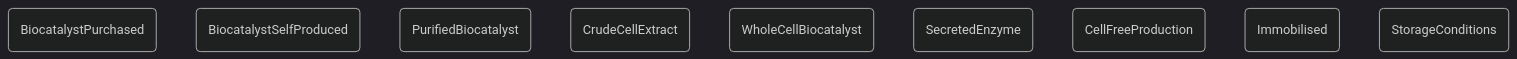
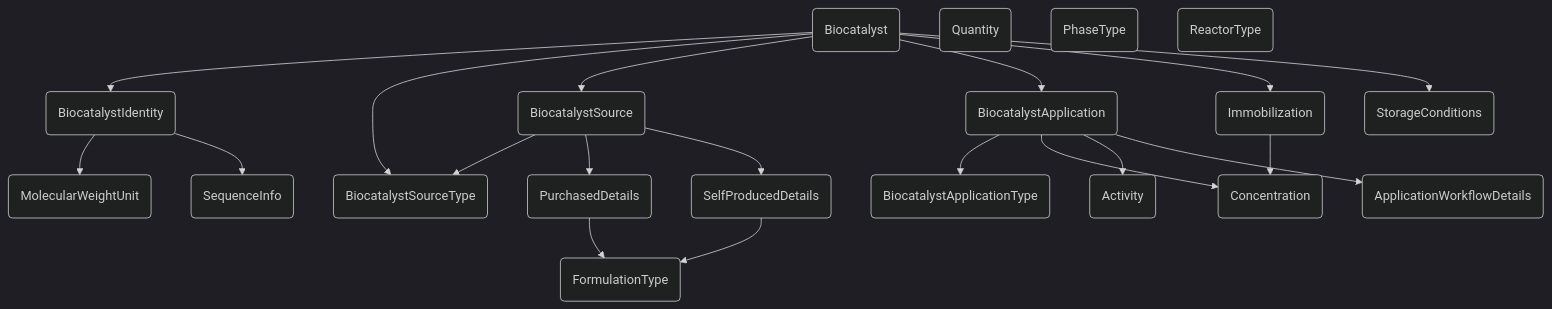
Before and after one commit to Strenda-biocatalysis/Strenda-biocatalysis: the diagram in docs/guidelines/biocatalyst.md, drawn with Mermaid (dark theme). The commit also changed other lines of this file and 94 other files, not shown here.

````diff
--- a/docs/guidelines/biocatalyst.md
+++ b/docs/guidelines/biocatalyst.md
@@ -6,22 +11,60 @@
     ``` mermaid
     flowchart TB
-        biocatalystpurchased(BiocatalystPurchased)
-        biocatalystselfproduced(BiocatalystSelfProduced)
-        purifiedbiocatalyst(PurifiedBiocatalyst)
-        crudecellextract(CrudeCellExtract)
-        wholecellbiocatalyst(WholeCellBiocatalyst)
-        secretedenzyme(SecretedEnzyme)
-        cellfreeproduction(CellFreeProduction)
-        immobilised(Immobilised)
+        biocatalyst(Biocatalyst)
+        biocatalystidentity(BiocatalystIdentity)
+        sequenceinfo(SequenceInfo)
+        biocatalystsource(BiocatalystSource)
+        purchaseddetails(PurchasedDetails)
+        selfproduceddetails(SelfProducedDetails)
+        biocatalystapplication(BiocatalystApplication)
+        concentration(Concentration)
+        activity(Activity)
+        applicationworkflowdetails(ApplicationWorkflowDetails)
+        immobilization(Immobilization)
+        quantity(Quantity)
         storageconditions(StorageConditions)
+        biocatalystsourcetype(BiocatalystSourceType)
+        biocatalystapplicationtype(BiocatalystApplicationType)
+        molecularweightunit(MolecularWeightUnit)
+        formulationtype(FormulationType)
+        phasetype(PhaseType)
+        reactortype(ReactorType)
+        biocatalyst(Biocatalyst) --> biocatalystidentity(BiocatalystIdentity)
+        biocatalyst(Biocatalyst) --> biocatalystsourcetype(BiocatalystSourceType)
+        biocatalyst(Biocatalyst) --> biocatalystsource(BiocatalystSource)
+        biocatalyst(Biocatalyst) --> biocatalystapplication(BiocatalystApplication)
+        biocatalyst(Biocatalyst) --> immobilization(Immobilization)
+        biocatalyst(Biocatalyst) --> storageconditions(StorageConditions)
+        biocatalystidentity(BiocatalystIdentity) --> molecularweightunit(MolecularWeightUnit)
+        biocatalystidentity(BiocatalystIdentity) --> sequenceinfo(SequenceInfo)
+        biocatalystsource(BiocatalystSource) --> biocatalystsourcetype(BiocatalystSourceType)
+        biocatalystsource(BiocatalystSource) --> purchaseddetails(PurchasedDetails)
+        biocatalystsource(BiocatalystSource) --> selfproduceddetails(SelfProducedDetails)
+        purchaseddetails(PurchasedDetails) --> formulationtype(FormulationType)
+        selfproduceddetails(SelfProducedDetails) --> formulationtype(FormulationType)
+        biocatalystapplication(BiocatalystApplication) --> biocatalystapplicationtype(BiocatalystApplicationType)
+        biocatalystapplication(BiocatalystApplication) --> concentration(Concentration)
+        biocatalystapplication(BiocatalystApplication) --> activity(Activity)
+        biocatalystapplication(BiocatalystApplication) --> applicationworkflowdetails(ApplicationWorkflowDetails)
+        immobilization(Immobilization) --> concentration(Concentration)
 
-        click biocatalystpurchased "#biocatalystpurchased" "Go to BiocatalystPurchased"
-        click biocatalystselfproduced "#biocatalystselfproduced" "Go to BiocatalystSelfProduced"
-        click purifiedbiocatalyst "#purifiedbiocatalyst" "Go to PurifiedBiocatalyst"
-        click crudecellextract "#crudecellextract" "Go to CrudeCellExtract"
-        click wholecellbiocatalyst "#wholecellbiocatalyst" "Go to WholeCellBiocatalyst"
-        click secretedenzyme "#secretedenzyme" "Go to SecretedEnzyme"
-        click cellfreeproduction "#cellfreeproduction" "Go to CellFreeProduction"
-        click immobilised "#immobilised" "Go to Immobilised"
+        click biocatalyst "#biocatalyst" "Go to Biocatalyst"
+        click biocatalystidentity "#biocatalystidentity" "Go to BiocatalystIdentity"
+        click sequenceinfo "#sequenceinfo" "Go to SequenceInfo"
+        click biocatalystsource "#biocatalystsource" "Go to BiocatalystSource"
+        click purchaseddetails "#purchaseddetails" "Go to PurchasedDetails"
+        click selfproduceddetails "#selfproduceddetails" "Go to SelfProducedDetails"
+        click biocatalystapplication "#biocatalystapplication" "Go to BiocatalystApplication"
+        click concentration "#concentration" "Go to Concentration"
+        click activity "#activity" "Go to Activity"
+        click applicationworkflowdetails "#applicationworkflowdetails" "Go to ApplicationWorkflowDetails"
+        click immobilization "#immobilization" "Go to Immobilization"
+        click quantity "#quantity" "Go to Quantity"
         click storageconditions "#storageconditions" "Go to StorageConditions"
+        click biocatalystsourcetype "#biocatalystsourcetype" "Go to BiocatalystSourceType"
+        click biocatalystapplicationtype "#biocatalystapplicationtype" "Go to BiocatalystApplicationType"
+        click molecularweightunit "#molecularweightunit" "Go to MolecularWeightUnit"
+        click formulationtype "#formulationtype" "Go to FormulationType"
+        click phasetype "#phasetype" "Go to PhaseType"
+        click reactortype "#reactortype" "Go to ReactorType"
     ```
````
